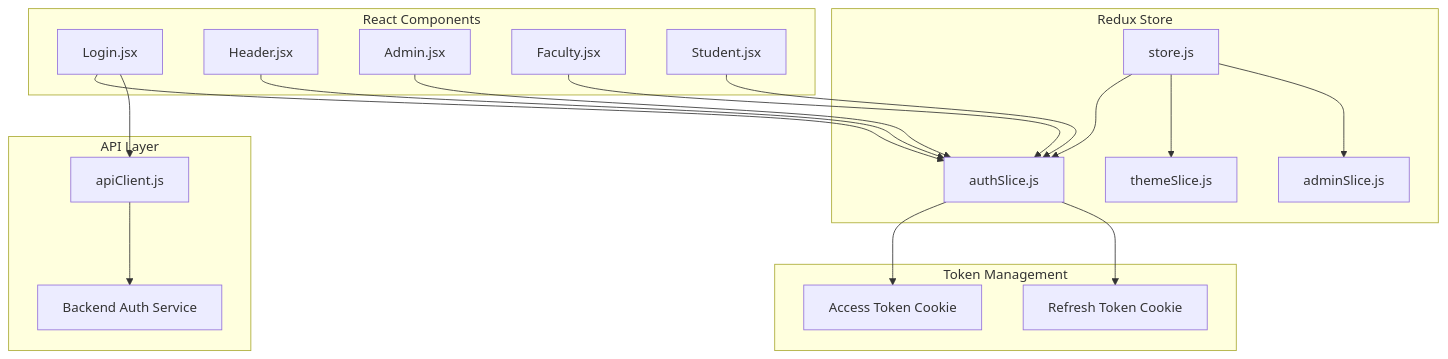
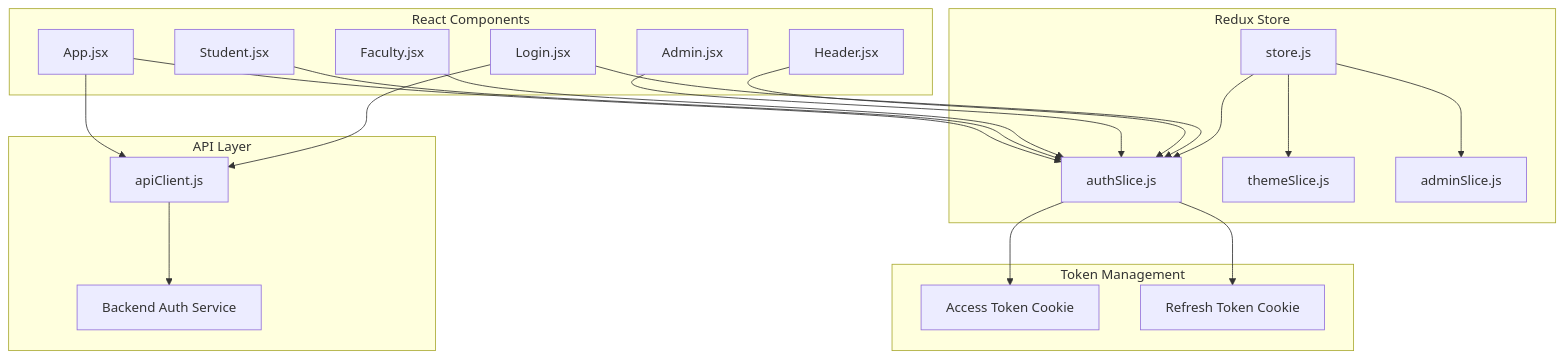
Before and after one commit to Aryan9060/Timetable-Project: the first of 4 diagrams in .qoder/repowiki/en/content/Authentication & Authorization/Frontend Authentication State Management.md, drawn with Mermaid. The commit also changed other lines of this file and 5 other files, not shown here.

````diff
--- a/.qoder/repowiki/en/content/Authentication & Authorization/Frontend Authentication State Management.md
+++ b/.qoder/repowiki/en/content/Authentication & Authorization/Frontend Authentication State Management.md
@@ -47,36 +48,39 @@
 ```mermaid
 graph TB
 subgraph "Redux Store"
 Store[store.js]
 AuthSlice[authSlice.js]
 ThemeSlice[themeSlice.js]
 AdminSlice[adminSlice.js]
 end
 subgraph "React Components"
 Login[Login.jsx]
 Header[Header.jsx]
 Admin[Admin.jsx]
 Faculty[Faculty.jsx]
 Student[Student.jsx]
+App[App.jsx]
 end
 subgraph "API Layer"
 ApiClient[apiClient.js]
 AuthService[Backend Auth Service]
 end
 subgraph "Token Management"
 AccessToken[Access Token Cookie]
 RefreshToken[Refresh Token Cookie]
 end
 Store --> AuthSlice
 Store --> ThemeSlice
 Store --> AdminSlice
 Login --> AuthSlice
 Header --> AuthSlice
 Admin --> AuthSlice
 Faculty --> AuthSlice
 Student --> AuthSlice
+App --> AuthSlice
 AuthSlice --> AccessToken
 AuthSlice --> RefreshToken
 Login --> ApiClient
+App --> ApiClient
 ApiClient --> AuthService
 ```
````
